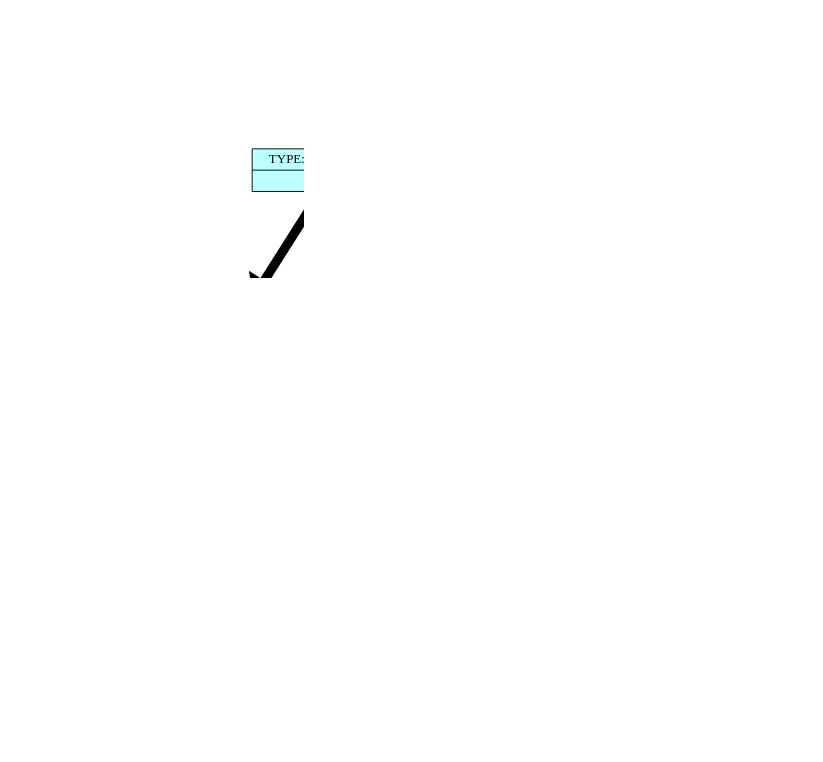
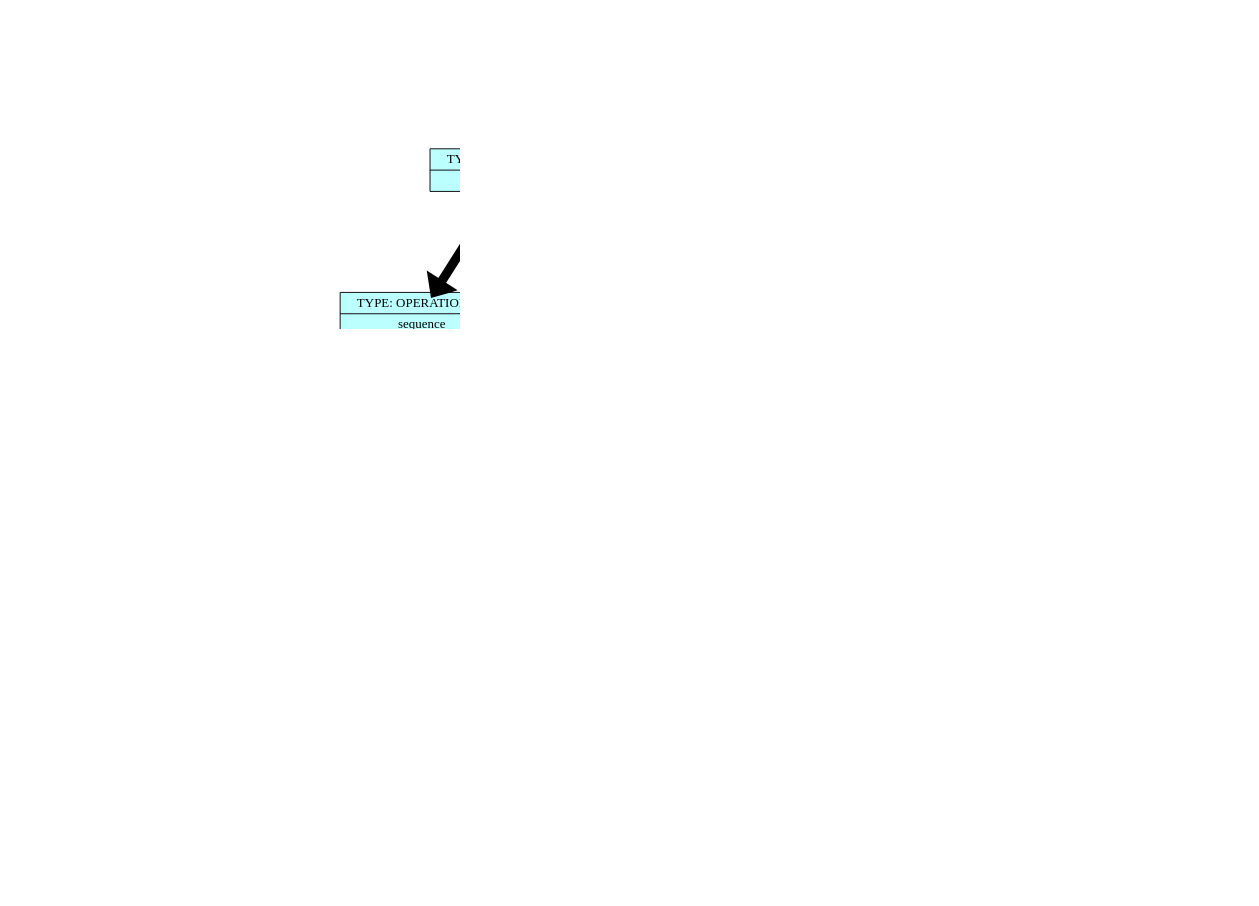
One commit to Troll0ton/Trollanguage changed the diagram in backend/dump/list_graph.dot. Above: the diagram before and after it, drawn with Graphviz. The commit also changed 37 other files, not shown here.

```diff
--- a/backend/dump/list_graph.dot
+++ b/backend/dump/list_graph.dot
@@ -1,44 +1,74 @@
 digraph structs {    
 rankdir = TB;        
 graph [dpi = 200];   
 ranksep = 1.5;       
 edge[penwidth = 10]; 
 cell0 [style = filled, color = black, shape=record, 
 fillcolor = paleturquoise1, label = " { <ptr> TYPE: OPERATION (0) | sequence} " ];                         
 cell1 [style = filled, color = black, shape=record, 
 fillcolor = paleturquoise1, label = " { <ptr> TYPE: OPERATION (0) | sequence} " ];                         
 cell2 [style = filled, color = black, shape=record, 
+fillcolor = paleturquoise1, label = " { <ptr> TYPE: OPERATION (0) | sequence} " ];                         
+cell3 [style = filled, color = black, shape=record, 
 fillcolor = paleturquoise1, label = " { <ptr> TYPE: OPERATION (0) | assignment} " ];                         
-cell3 [style = filled, color = black, shape=record, 
+cell4 [style = filled, color = black, shape=record, 
 fillcolor = darkolivegreen2, label = " { <ptr> TYPE: VARIABLE (0) | x} " ];                         
-cell4 [style = filled, color = black, shape=record, 
+cell5 [style = filled, color = black, shape=record, 
 fillcolor = coral2, label = " { <ptr> TYPE: NUMERIC (0) | 5} " ];                         
-cell5 [style = filled, color = black, shape=record, 
+cell6 [style = filled, color = black, shape=record, 
+fillcolor = paleturquoise1, label = " { <ptr> TYPE: OPERATION (0) | assignment} " ];                         
+cell7 [style = filled, color = black, shape=record, 
+fillcolor = darkolivegreen2, label = " { <ptr> TYPE: VARIABLE (0) | y} " ];                         
+cell8 [style = filled, color = black, shape=record, 
+fillcolor = coral2, label = " { <ptr> TYPE: NUMERIC (0) | 10} " ];                         
+cell9 [style = filled, color = black, shape=record, 
 fillcolor = paleturquoise1, label = " { <ptr> TYPE: OPERATION (0) | while} " ];                         
-cell6 [style = filled, color = black, shape=record, 
-fillcolor = darkolivegreen2, label = " { <ptr> TYPE: VARIABLE (0) | x} " ];                         
-cell7 [style = filled, color = black, shape=record, 
-fillcolor = paleturquoise1, label = " { <ptr> TYPE: OPERATION (0) | assignment} " ];                         
-cell8 [style = filled, color = black, shape=record, 
-fillcolor = darkolivegreen2, label = " { <ptr> TYPE: VARIABLE (0) | x} " ];                         
-cell9 [style = filled, color = black, shape=record, 
-fillcolor = paleturquoise1, label = " { <ptr> TYPE: OPERATION (0) | sub} " ];                         
 cell10 [style = filled, color = black, shape=record, 
 fillcolor = darkolivegreen2, label = " { <ptr> TYPE: VARIABLE (0) | x} " ];                         
 cell11 [style = filled, color = black, shape=record, 
+fillcolor = paleturquoise1, label = " { <ptr> TYPE: OPERATION (0) | sequence} " ];                         
+cell12 [style = filled, color = black, shape=record, 
+fillcolor = paleturquoise1, label = " { <ptr> TYPE: OPERATION (0) | assignment} " ];                         
+cell13 [style = filled, color = black, shape=record, 
+fillcolor = darkolivegreen2, label = " { <ptr> TYPE: VARIABLE (0) | x} " ];                         
+cell14 [style = filled, color = black, shape=record, 
+fillcolor = paleturquoise1, label = " { <ptr> TYPE: OPERATION (0) | sub} " ];                         
+cell15 [style = filled, color = black, shape=record, 
+fillcolor = darkolivegreen2, label = " { <ptr> TYPE: VARIABLE (0) | x} " ];                         
+cell16 [style = filled, color = black, shape=record, 
 fillcolor = coral2, label = " { <ptr> TYPE: NUMERIC (0) | 1} " ];                         
-cell12 [style = filled, color = black, shape=record, 
-fillcolor = darkolivegreen2, label = " { <ptr> TYPE: VARIABLE (0) | x} " ];                         
+cell17 [style = filled, color = black, shape=record, 
+fillcolor = paleturquoise1, label = " { <ptr> TYPE: OPERATION (0) | assignment} " ];                         
+cell18 [style = filled, color = black, shape=record, 
+fillcolor = darkolivegreen2, label = " { <ptr> TYPE: VARIABLE (0) | y} " ];                         
+cell19 [style = filled, color = black, shape=record, 
+fillcolor = paleturquoise1, label = " { <ptr> TYPE: OPERATION (0) | add} " ];                         
+cell20 [style = filled, color = black, shape=record, 
+fillcolor = darkolivegreen2, label = " { <ptr> TYPE: VARIABLE (0) | y} " ];                         
+cell21 [style = filled, color = black, shape=record, 
+fillcolor = coral2, label = " { <ptr> TYPE: NUMERIC (0) | 1} " ];                         
+cell22 [style = filled, color = black, shape=record, 
+fillcolor = darkolivegreen2, label = " { <ptr> TYPE: VARIABLE (0) | y} " ];                         
 cell0 -> cell1;
 cell1 -> cell2;
 cell2 -> cell3;
-cell2 -> cell4;
-cell1 -> cell5;
-cell5 -> cell6;
-cell5 -> cell7;
-cell7 -> cell8;
-cell7 -> cell9;
+cell3 -> cell4;
+cell3 -> cell5;
+cell2 -> cell6;
+cell6 -> cell7;
+cell6 -> cell8;
+cell1 -> cell9;
 cell9 -> cell10;
 cell9 -> cell11;
-cell0 -> cell12;
+cell11 -> cell12;
+cell12 -> cell13;
+cell12 -> cell14;
+cell14 -> cell15;
+cell14 -> cell16;
+cell11 -> cell17;
+cell17 -> cell18;
+cell17 -> cell19;
+cell19 -> cell20;
+cell19 -> cell21;
+cell0 -> cell22;
 }
```
